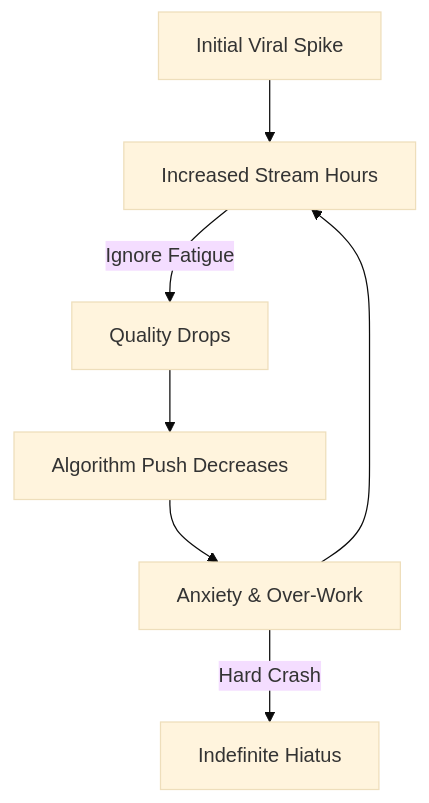
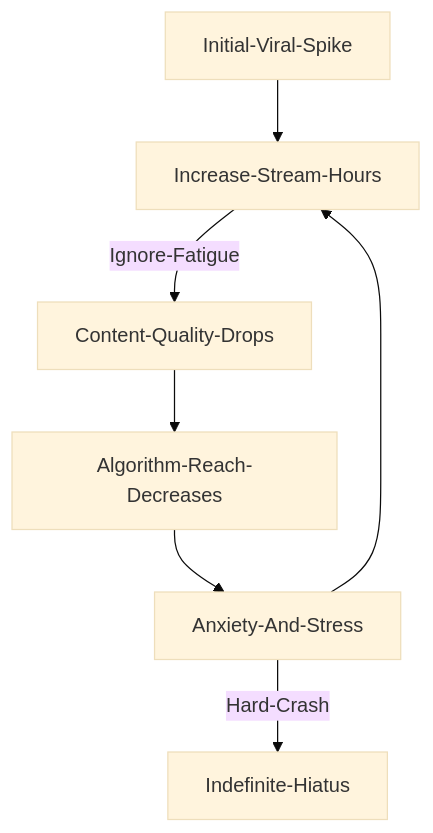
One commit to littl3-boat/ttwise changed the diagram in data/blog/tiktok-live-gaming-burnout-signs-2026.mdx. Above: the diagram before and after it, drawn with Mermaid (base theme). The commit also changed 6 other files, not shown here.

Commit message:
fix: resolve Mermaid syntax errors in recent blog posts

````diff
--- a/data/blog/tiktok-live-gaming-burnout-signs-2026.mdx
+++ b/data/blog/tiktok-live-gaming-burnout-signs-2026.mdx
@@ -46,9 +46,9 @@
 ```mermaid
 flowchart TD
-    A["Initial Viral Spike"] --> B["Increased Stream Hours"]
-    B -- "Ignore Fatigue" --> C["Quality Drops"]
-    C --> D["Algorithm Push Decreases"]
-    D --> E["Anxiety & Over-Work"]
+    A[Initial-Viral-Spike] --> B[Increase-Stream-Hours]
+    B -- Ignore-Fatigue --> C[Content-Quality-Drops]
+    C --> D[Algorithm-Reach-Decreases]
+    D --> E[Anxiety-And-Stress]
     E --> B
-    E -- "Hard Crash" --> F["Indefinite Hiatus"]
+    E -- Hard-Crash --> F[Indefinite-Hiatus]
 ```
````
